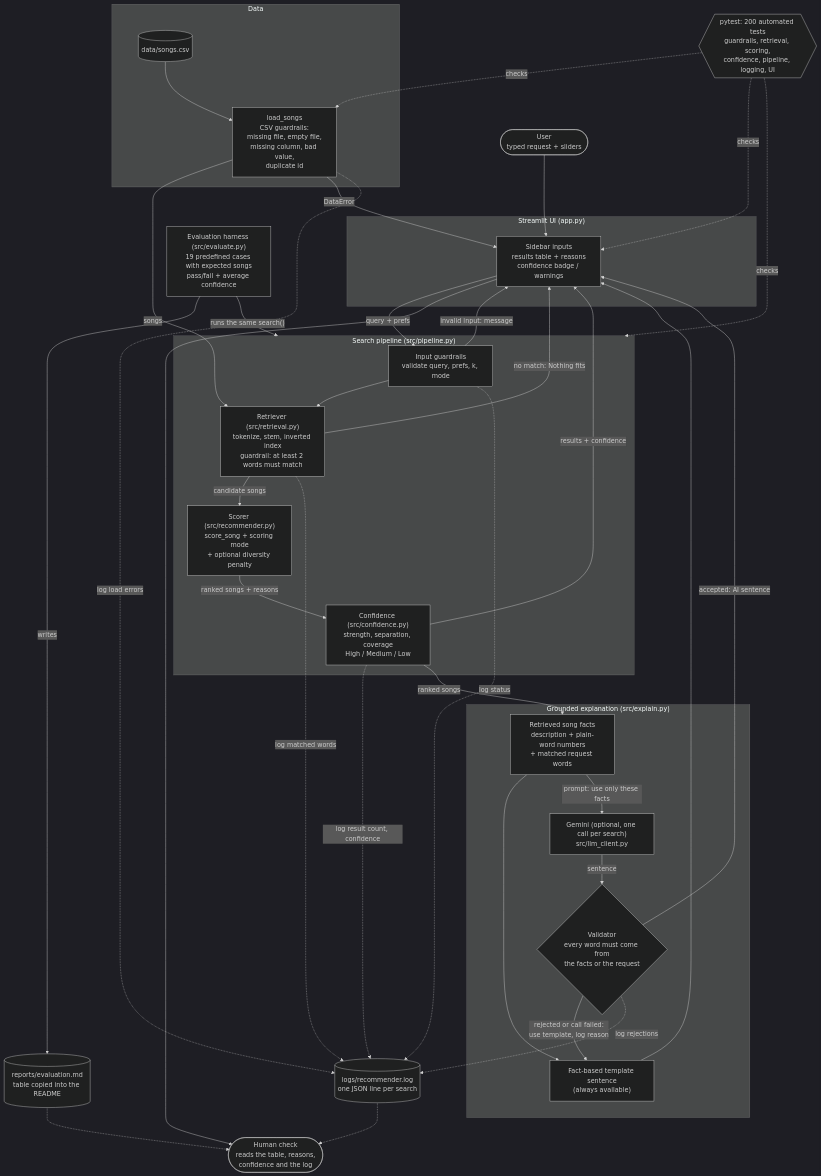
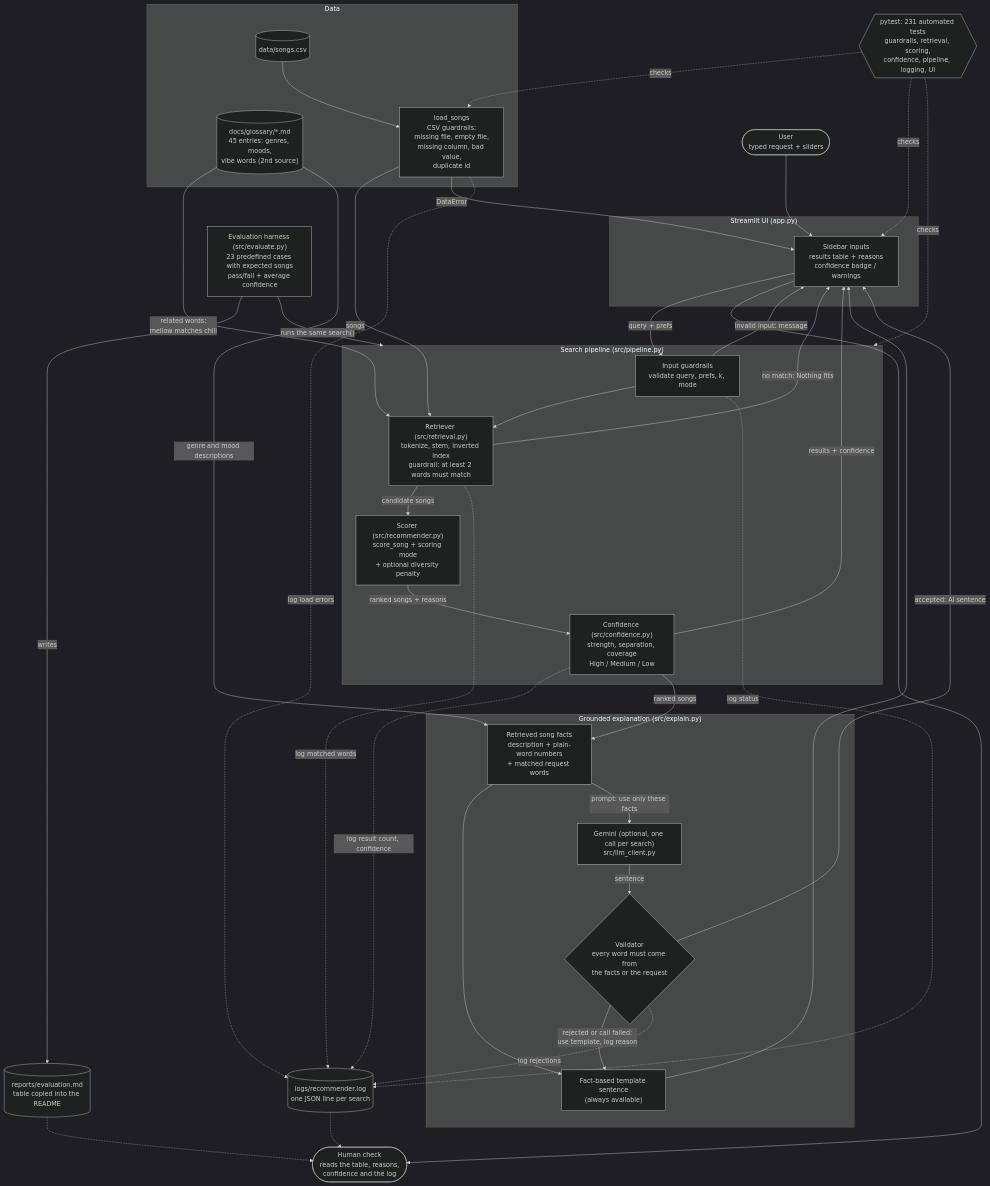
Before and after one commit to virtonen/applied-ai-system-project: the diagram in diagrams/architecture.mmd, drawn with Mermaid (dark theme). The commit also changed 20 other files, not shown here.

```diff
--- a/diagrams/architecture.mmd
+++ b/diagrams/architecture.mmd
@@ -1,71 +1,75 @@
-%% VibeMatch system architecture (current: logging, guardrails, confidence, grounded RAG explanations, evaluation harness).
+%% VibeMatch system architecture (current: logging, guardrails, confidence, two retrieval sources, grounded RAG explanations, evaluation harness).
 %% Render with any Mermaid viewer, for example the Mermaid Live Editor or GitHub.
 flowchart TD
     USER(["User<br/>typed request + sliders"])
     HUMAN(["Human check<br/>reads the table, reasons,<br/>confidence and the log"])
 
     subgraph APP["Streamlit UI (app.py)"]
         UI["Sidebar inputs<br/>results table + reasons<br/>confidence badge / warnings"]
     end
 
     subgraph DATA["Data"]
         CSV[("data/songs.csv")]
+        GLOSS[("docs/glossary/*.md<br/>45 entries: genres, moods,<br/>vibe words (2nd source)")]
         LOAD["load_songs<br/>CSV guardrails:<br/>missing file, empty file,<br/>missing column, bad value,<br/>duplicate id"]
     end
 
     subgraph PIPE["Search pipeline (src/pipeline.py)"]
         GUARD["Input guardrails<br/>validate query, prefs, k, mode"]
         RETR["Retriever (src/retrieval.py)<br/>tokenize, stem, inverted index<br/>guardrail: at least 2 words must match"]
         SCORE["Scorer (src/recommender.py)<br/>score_song + scoring mode<br/>+ optional diversity penalty"]
         CONF["Confidence (src/confidence.py)<br/>strength, separation, coverage<br/>High / Medium / Low"]
     end
 
     subgraph RAG["Grounded explanation (src/explain.py)"]
         FACTS["Retrieved song facts<br/>description + plain-word numbers<br/>+ matched request words"]
         TEMPLATE["Fact-based template sentence<br/>(always available)"]
         GEMINI["Gemini (optional, one call per search)<br/>src/llm_client.py"]
         VALID{"Validator<br/>every word must come from<br/>the facts or the request"}
     end
 
     LOG[("logs/recommender.log<br/>one JSON line per search")]
-    TESTS{{"pytest: 200 automated tests<br/>guardrails, retrieval, scoring,<br/>confidence, pipeline, logging, UI"}}
+    TESTS{{"pytest: 231 automated tests<br/>guardrails, retrieval, scoring,<br/>confidence, pipeline, logging, UI"}}
 
-    EVAL["Evaluation harness (src/evaluate.py)<br/>19 predefined cases with expected songs<br/>pass/fail + average confidence"]
+    EVAL["Evaluation harness (src/evaluate.py)<br/>23 predefined cases with expected songs<br/>pass/fail + average confidence"]
     REPORT[("reports/evaluation.md<br/>table copied into the README")]
 
     CSV --> LOAD
     LOAD -->|"songs"| RETR
     LOAD -->|"DataError"| UI
 
     USER --> UI
     UI -->|"query + prefs"| GUARD
     GUARD -->|"invalid input: message"| UI
     GUARD --> RETR
     RETR -->|"no match: Nothing fits"| UI
     RETR -->|"candidate songs"| SCORE
     SCORE -->|"ranked songs + reasons"| CONF
     CONF -->|"results + confidence"| UI
     UI --> HUMAN
 
     GUARD -.->|"log status"| LOG
     RETR -.->|"log matched words"| LOG
     CONF -.->|"log result count, confidence"| LOG
     LOAD -.->|"log load errors"| LOG
     LOG -.-> HUMAN
 
     TESTS -.->|"checks"| LOAD
     TESTS -.->|"checks"| PIPE
     TESTS -.->|"checks"| UI
 
     EVAL -->|"runs the same search()"| PIPE
     EVAL -->|"writes"| REPORT
     REPORT -.-> HUMAN
 
     CONF -->|"ranked songs"| FACTS
     FACTS --> TEMPLATE
     FACTS -->|"prompt: use only these facts"| GEMINI
     GEMINI -->|"sentence"| VALID
     VALID -->|"accepted: AI sentence"| UI
     VALID -->|"rejected or call failed:<br/>use template, log reason"| TEMPLATE
     TEMPLATE --> UI
     VALID -.->|"log rejections"| LOG
+
+    GLOSS -->|"related words:<br/>mellow matches chill"| RETR
+    GLOSS -->|"genre and mood descriptions"| FACTS
```
